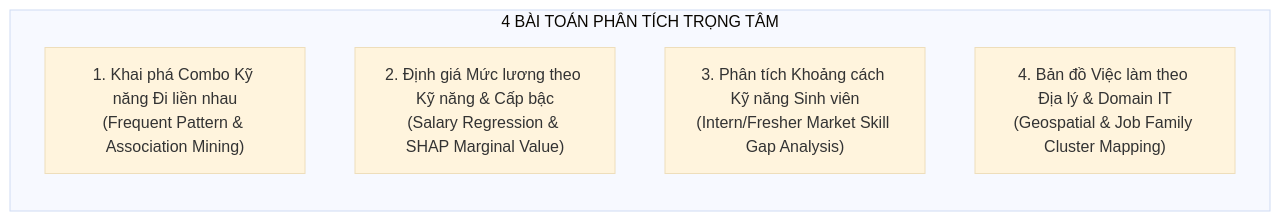
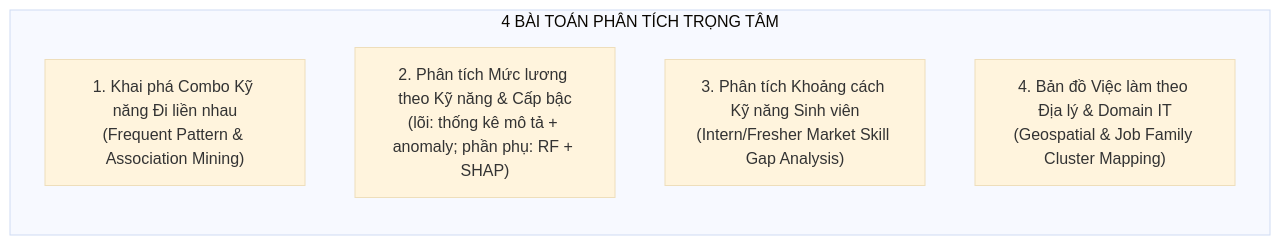
Before and after one commit to Archduker/VN-IT-Job-Mining: the second of 3 diagrams in docs/spec/01_product_spec.md, drawn with Mermaid (base theme). The commit also changed other lines of this file and 203 other files, not shown here.

````diff
--- a/docs/spec/01_product_spec.md
+++ b/docs/spec/01_product_spec.md
@@ -66,9 +66,9 @@
 ```mermaid
 graph LR
     subgraph CoreProblems["4 BÀI TOÁN PHÂN TÍCH TRỌNG TÂM"]
         P1["1. Khai phá Combo Kỹ năng Đi liền nhau\n(Frequent Pattern & Association Mining)"]
-        P2["2. Định giá Mức lương theo Kỹ năng & Cấp bậc\n(Salary Regression & SHAP Marginal Value)"]
+        P2["2. Phân tích Mức lương theo Kỹ năng & Cấp bậc\n(lõi: thống kê mô tả + anomaly; phần phụ: RF + SHAP)"]
         P3["3. Phân tích Khoảng cách Kỹ năng Sinh viên\n(Intern/Fresher Market Skill Gap Analysis)"]
         P4["4. Bản đồ Việc làm theo Địa lý & Domain IT\n(Geospatial & Job Family Cluster Mapping)"]
     end
 ```
````
